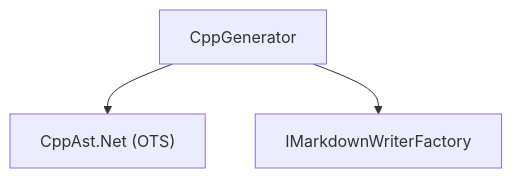
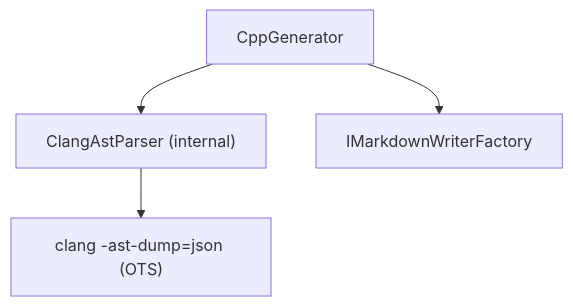
Before and after one commit to demaconsulting/ApiMark: the diagram in docs/design/api-mark-cpp.md, drawn with Mermaid. The commit also changed other lines of this file and 91 other files, not shown here.

````diff
--- a/docs/design/api-mark-cpp.md
+++ b/docs/design/api-mark-cpp.md
@@ -19,5 +20,6 @@
 ```mermaid
 flowchart TD
-    CppGenerator --> CppAstNet["CppAst.Net (OTS)"]
+    CppGenerator --> ClangAstParser["ClangAstParser (internal)"]
+    ClangAstParser --> clang["clang -ast-dump=json (OTS)"]
     CppGenerator --> IMarkdownWriterFactory
 ```
````
